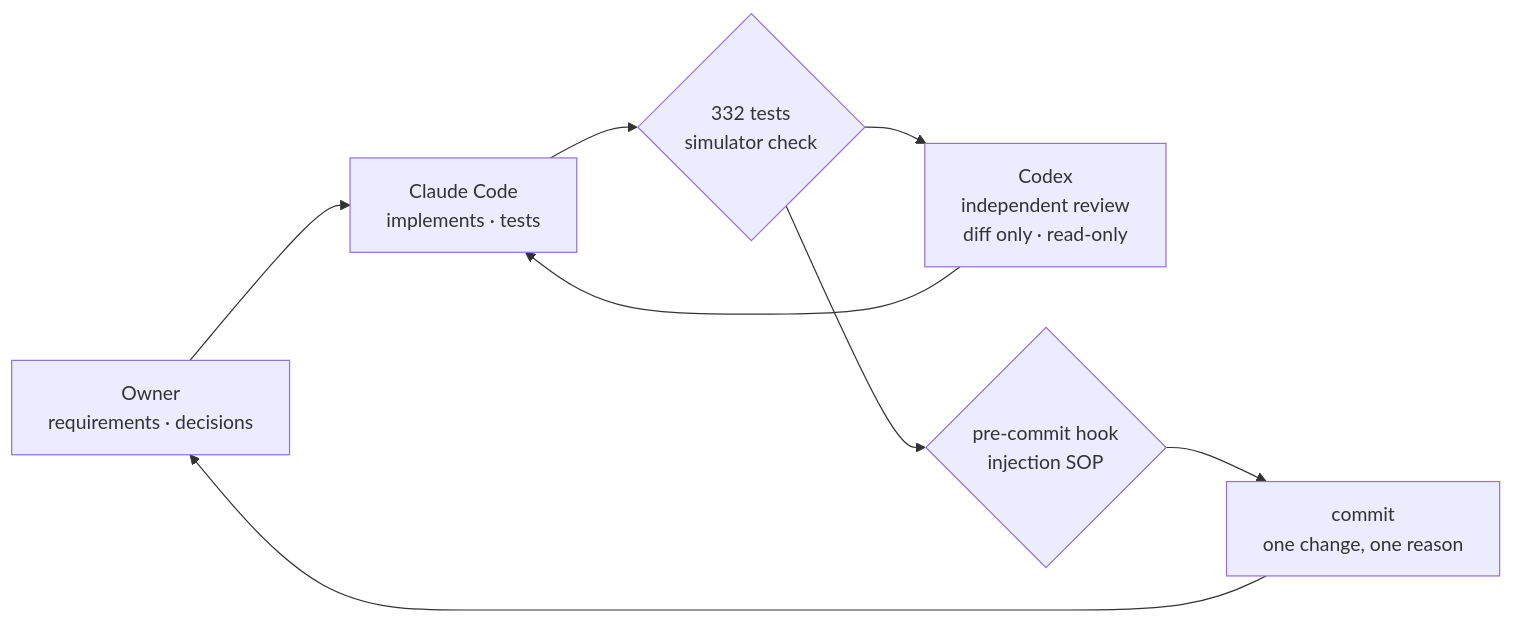
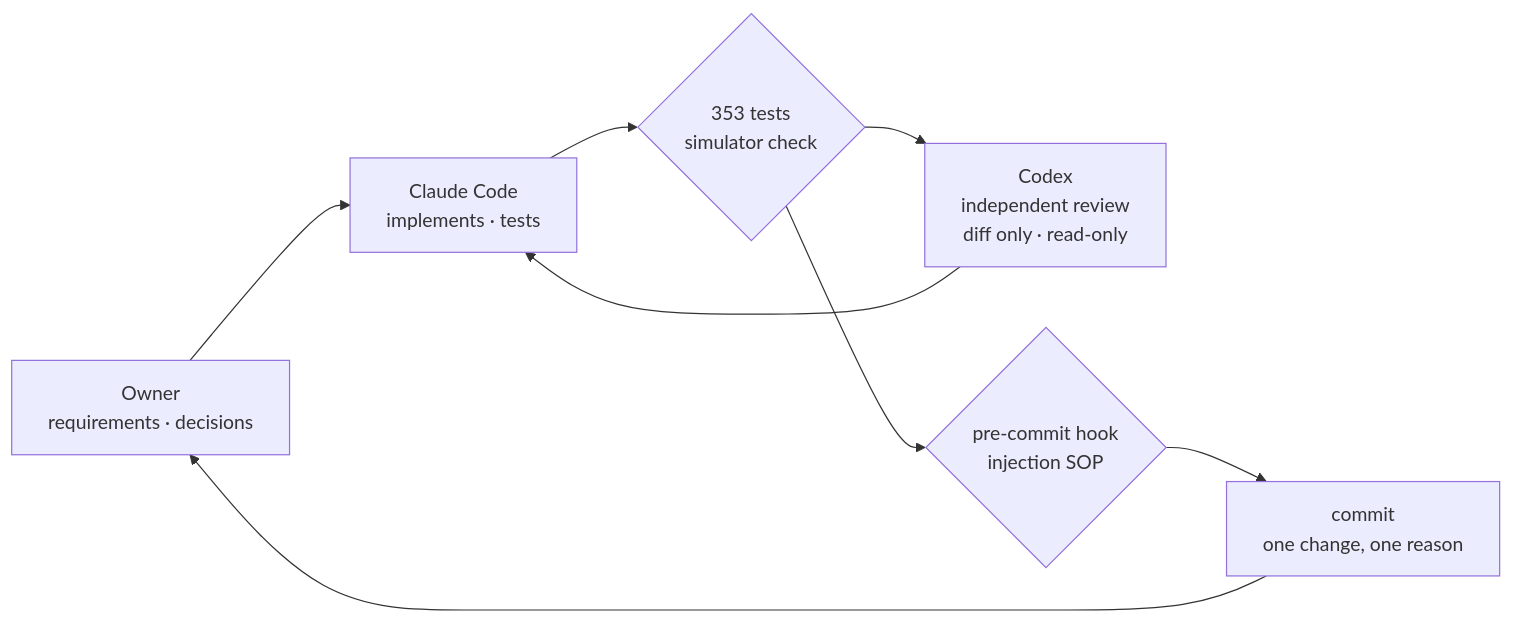
The second of 3 diagrams in README.md (BnguyenInfoSec/CoachBridge), drawn with Mermaid before and after one commit. The commit also changed other lines of this file and 5 other files, not shown here.

````diff
--- a/README.md
+++ b/README.md
@@ -164,10 +172,10 @@
 ```mermaid
 flowchart LR
     O["Owner<br/>requirements · decisions"] --> C["Claude Code<br/>implements · tests"]
-    C --> T{"332 tests<br/>simulator check"}
+    C --> T{"353 tests<br/>simulator check"}
     T --> X["Codex<br/>independent review<br/>diff only · read-only"]
     X --> C
     T --> G{"pre-commit hook<br/>injection SOP"}
     G --> M["commit<br/>one change, one reason"]
     M --> O
 ```
````
